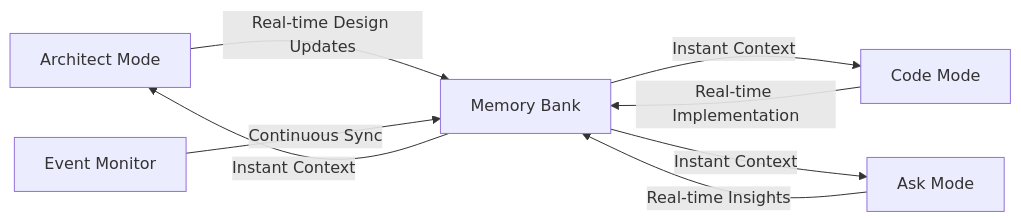
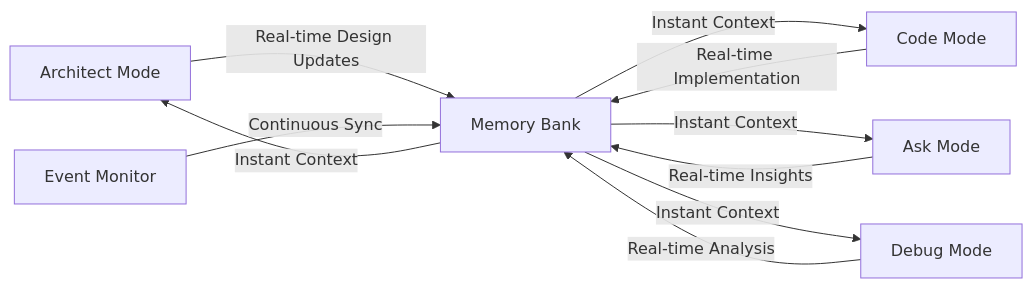
The third of 4 diagrams in README.md (shaunie2fly/roo-code-memory-bank), drawn with Mermaid before and after one commit. The commit also changed other lines of this file and 1 other file, not shown here.

First line of the commit message:
feat(debug): add debug mode for troubleshooting

````diff
--- a/README.md
+++ b/README.md
@@ -139,10 +142,12 @@
 ```mermaid
 graph LR
     A[Architect Mode] -->|Real-time Design Updates| B[Memory Bank]
     C[Code Mode] -->|Real-time Implementation| B
     D[Ask Mode] -->|Real-time Insights| B
+    F[Debug Mode] -->|Real-time Analysis| B
     B -->|Instant Context| A
     B -->|Instant Context| C
     B -->|Instant Context| D
+    B -->|Instant Context| F
     E[Event Monitor] -->|Continuous Sync| B
 ```
````
